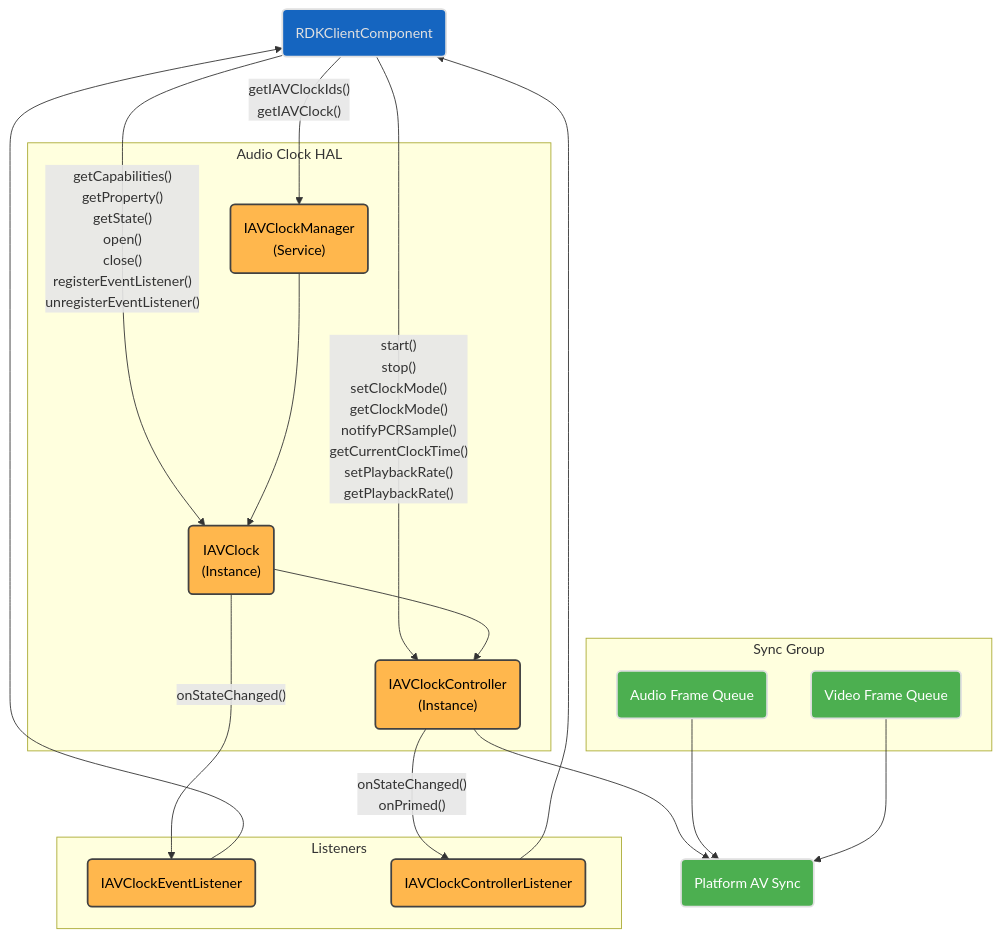
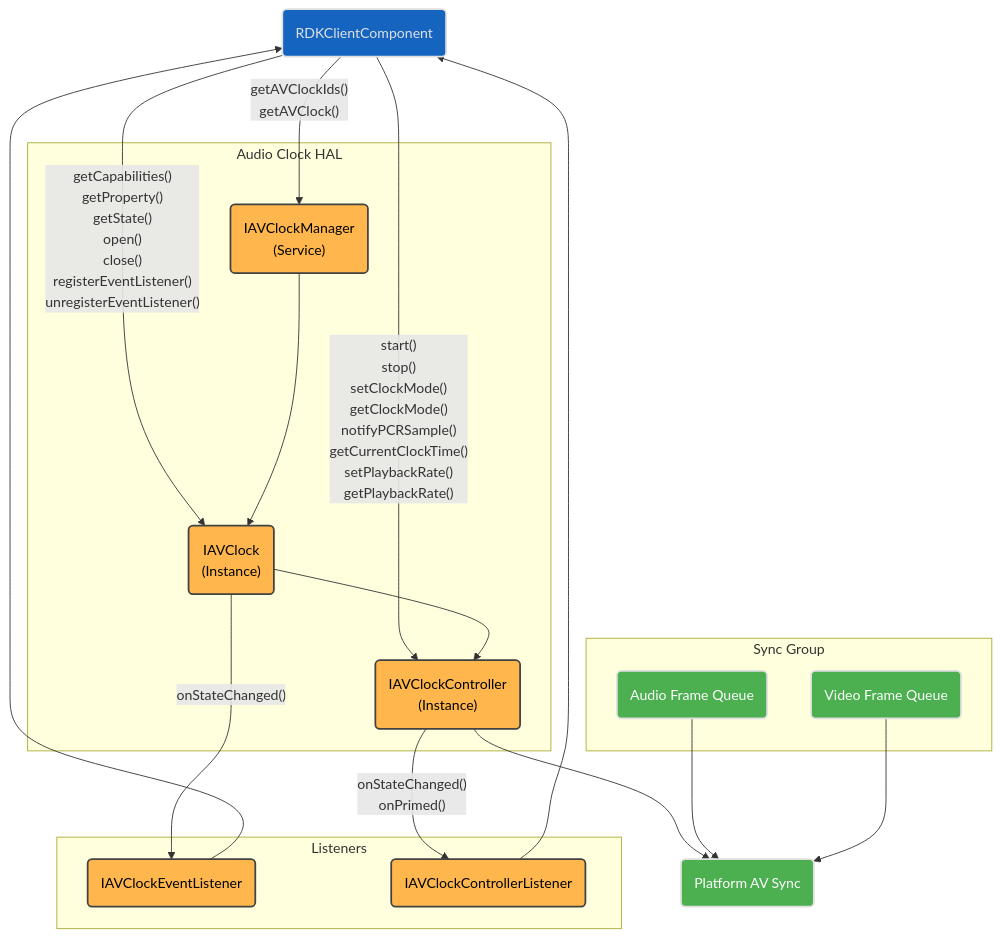
One commit to rdkcentral/rdk-halif-aidl changed the first of 7 diagrams in docs/halif/av_clock/current/av_clock.md. Above: the diagram before and after it, drawn with Mermaid. The commit also changed 1 other file, not shown here.

Commit message:
fix(docs): correct API names and use symbolic clockId in sink diagrams (#355)
- av_clock.md flowchart: getIAVClockIds()/getIAVClock() ->
  getAVClockIds()/getAVClock() to match IAVClockManager.aidl.
- audio_sink.md sequence diagram: attachClock(0) -> attachClock(clockId);
  the bare 0 isn't defined in this doc and AVClock IDs are not
  guaranteed to start at 0.

Both flagged by Copilot review.

````diff
--- a/docs/halif/av_clock/current/av_clock.md
+++ b/docs/halif/av_clock/current/av_clock.md
@@ -103,47 +103,47 @@
 ```mermaid
 flowchart TD
     RDKClientComponent("RDKClientComponent")
     subgraph Listeners["Listeners"]
         IAVClockEventListener("IAVClockEventListener")
         IAVClockControllerListener("IAVClockControllerListener")
     end
     subgraph IAVClockHAL["Audio Clock HAL"]
         IAVClockManager("IAVClockManager <br>(Service)")
         IAVClock("IAVClock <br>(Instance)")
         IAVClockController("IAVClockController <br>(Instance)")
     end
     subgraph SyncGroup["Sync Group"]
         AudioFrameQueue("Audio Frame Queue")
         VideoFrameQueue("Video Frame Queue")
     end
       platformAVSync("Platform AV Sync")
-    RDKClientComponent -- getIAVClockIds() <br> getIAVClock() --> IAVClockManager
+    RDKClientComponent -- getAVClockIds() <br> getAVClock() --> IAVClockManager
     RDKClientComponent -- getCapabilities() <br> getProperty() <br> getState() <br> open() <br> close() <br> registerEventListener() <br> unregisterEventListener() --> IAVClock
     RDKClientComponent -- start() <br> stop() <br> setClockMode() <br> getClockMode() <br> notifyPCRSample() <br> getCurrentClockTime() <br> setPlaybackRate() <br> getPlaybackRate() --> IAVClockController
     IAVClockManager --> IAVClock --> IAVClockController
     IAVClock -- onStateChanged() --> IAVClockEventListener
     IAVClockController -- onStateChanged() <br> onPrimed() --> IAVClockControllerListener
     IAVClockEventListener --> RDKClientComponent
     IAVClockControllerListener --> RDKClientComponent
     IAVClockController --> platformAVSync
     %% Sync Group
     AudioFrameQueue --> platformAVSync
     VideoFrameQueue --> platformAVSync
 
     classDef background fill:#121212,stroke:none,color:#E0E0E0;
     classDef blue fill:#1565C0,stroke:#E0E0E0,stroke-width:2px,color:#E0E0E0;
     classDef lightGrey fill:#616161,stroke:#E0E0E0,stroke-width:2px,color:#FFFFFF;
     classDef wheat fill:#FFB74D,stroke:#424242,stroke-width:2px,color:#000000;
     classDef green fill:#4CAF50,stroke:#E0E0E0,stroke-width:2px,color:#FFFFFF;
     classDef default fill:#1E1E1E,stroke:#E0E0E0,stroke-width:1px,color:#E0E0E0;
 
     RDKClientComponent:::blue
     IAVClockManager:::wheat
     IAVClockController:::wheat
     IAVClock:::wheat
     IAVClockControllerListener:::wheat
     IAVClockEventListener:::wheat
     platformAVSync:::green
     AudioFrameQueue:::green
     VideoFrameQueue:::green
 ```
````
